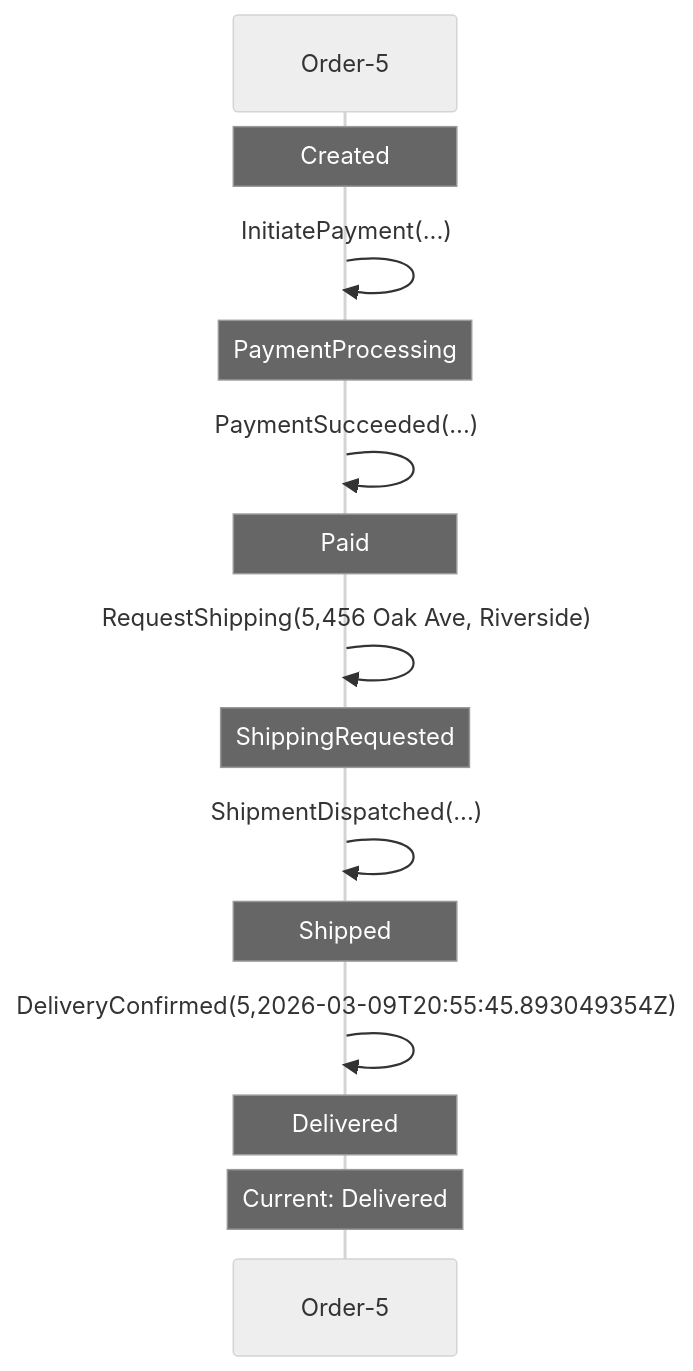
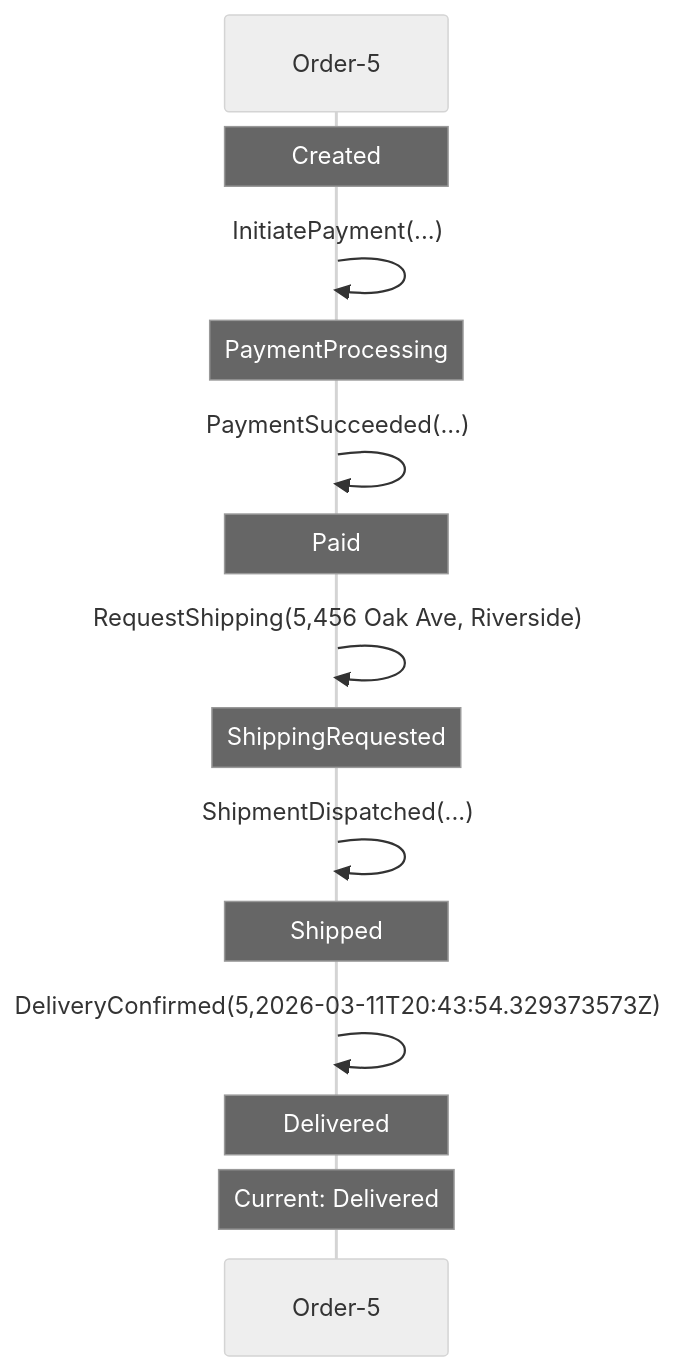
The first of 2 diagrams in docs/visualizations/order-5-trace.md (early-effect/mechanoid), drawn with Mermaid (neutral theme) before and after one commit. The commit also changed 6 other files, not shown here.

First line of the commit message:
Fix Mermaid state diagram note syntax for timeouts

````diff
--- a/docs/visualizations/order-5-trace.md
+++ b/docs/visualizations/order-5-trace.md
@@ -7,17 +7,17 @@
 ```mermaid
 sequenceDiagram
     participant FSM as Order-5
     Note over FSM: Created
     FSM->>FSM: InitiatePayment(...)
     Note over FSM: PaymentProcessing
     FSM->>FSM: PaymentSucceeded(...)
     Note over FSM: Paid
     FSM->>FSM: RequestShipping(5,456 Oak Ave, Riverside)
     Note over FSM: ShippingRequested
     FSM->>FSM: ShipmentDispatched(...)
     Note over FSM: Shipped
-    FSM->>FSM: DeliveryConfirmed(5,2026-03-09T20:55:45.893049354Z)
+    FSM->>FSM: DeliveryConfirmed(5,2026-03-11T20:43:54.329373573Z)
     Note over FSM: Delivered
     Note over FSM: Current: Delivered
 
 ```
````
